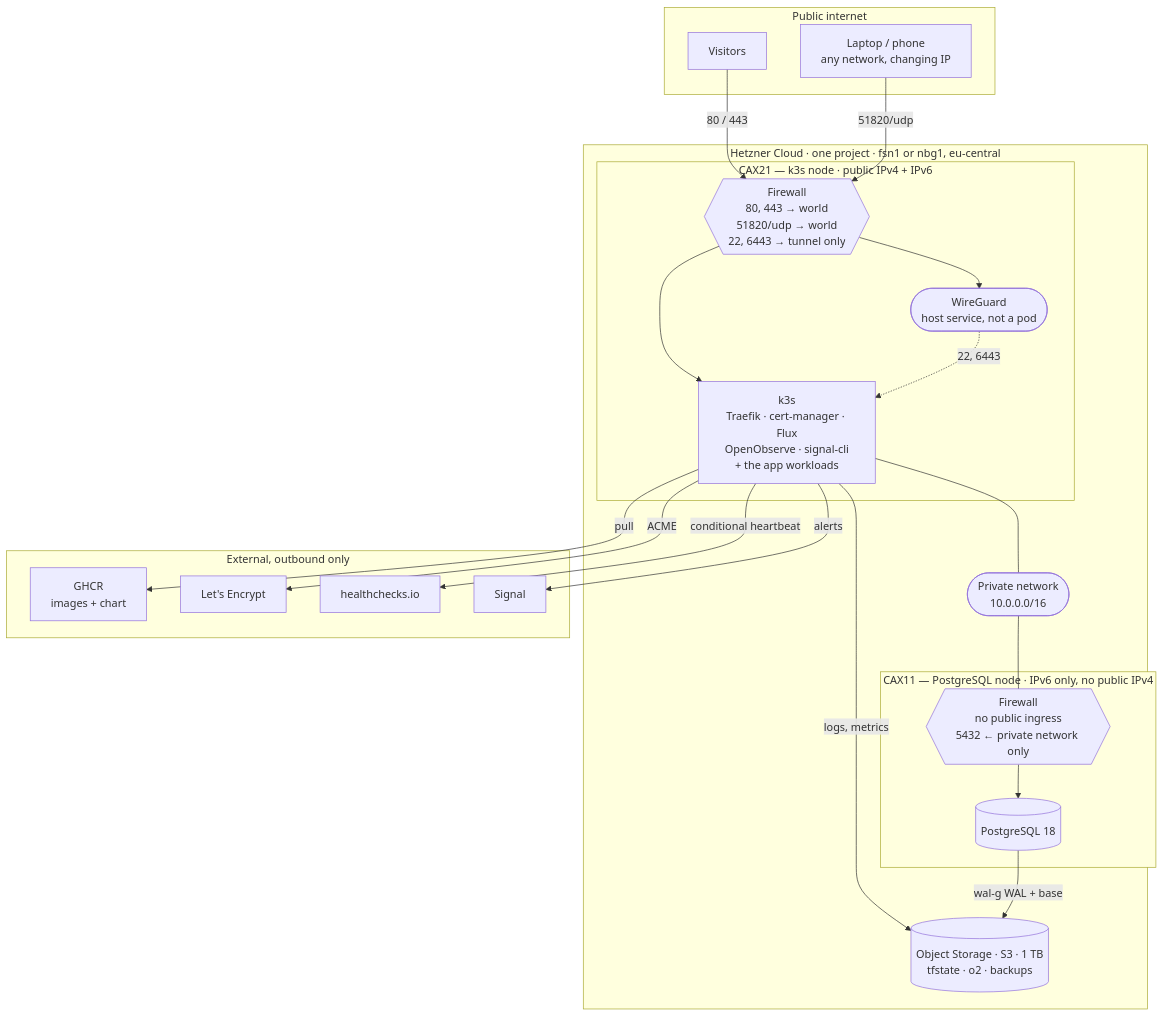
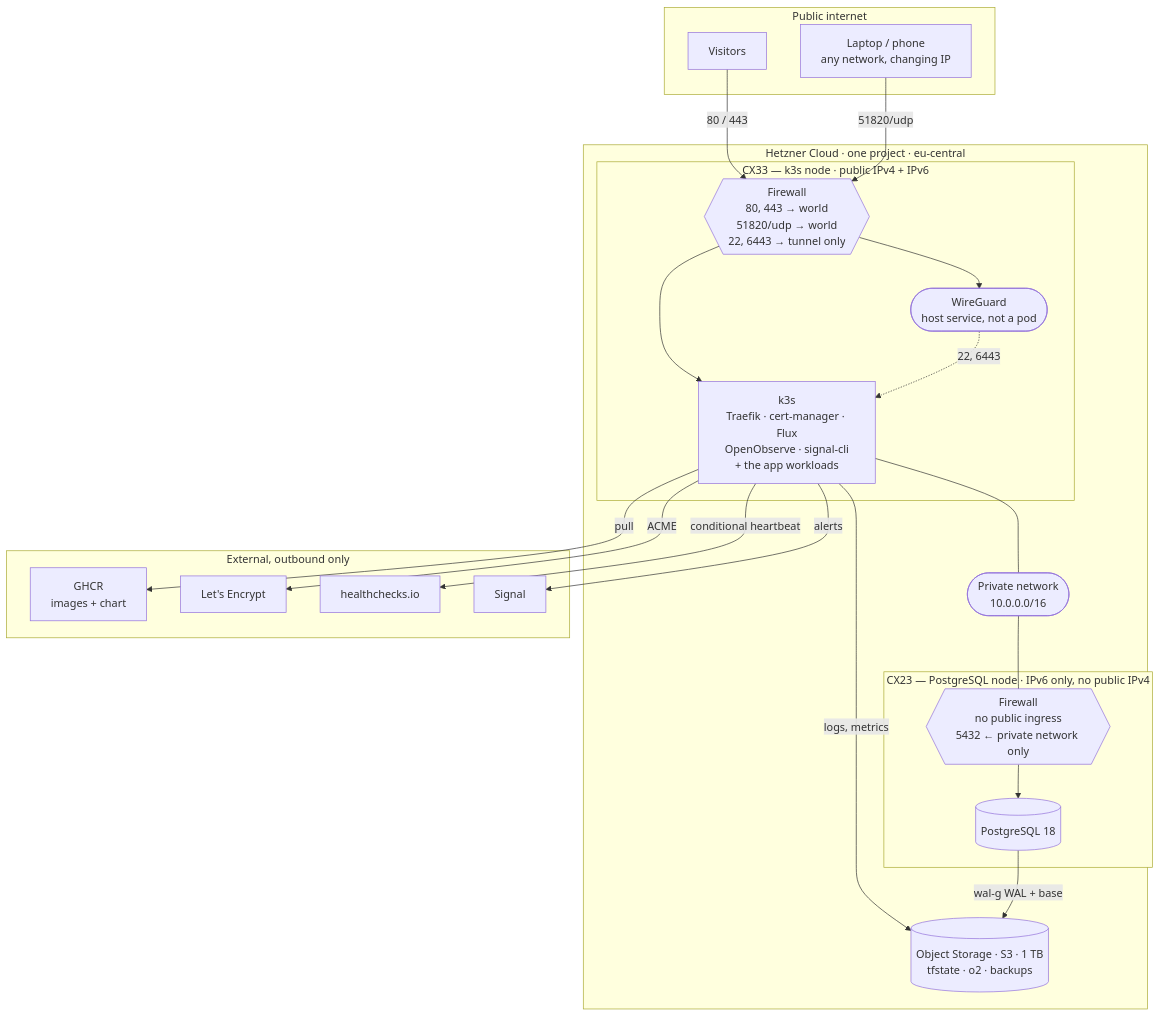
Before and after one commit to enorm-labs/event-junkie: the first of 3 diagrams in docs/ops/PLATFORM_SETUP.md, drawn with Mermaid. The commit also changed other lines of this file and 3 other files, not shown here.

````diff
--- a/docs/ops/PLATFORM_SETUP.md
+++ b/docs/ops/PLATFORM_SETUP.md
@@ -283,43 +40,43 @@
 ```mermaid
 flowchart TB
     subgraph net["Public internet"]
         vis["Visitors"]
         dev["Laptop / phone<br/>any network, changing IP"]
     end
 
-    subgraph hz["Hetzner Cloud · one project · fsn1 or nbg1, eu-central"]
-        subgraph n1["CAX21 — k3s node · public IPv4 + IPv6"]
+    subgraph hz["Hetzner Cloud · one project · eu-central"]
+        subgraph n1["CX33 — k3s node · public IPv4 + IPv6"]
             f1{{"Firewall<br/>80, 443 → world<br/>51820/udp → world<br/>22, 6443 → tunnel only"}}
             wg(["WireGuard<br/>host service, not a pod"])
             k3s["k3s<br/>Traefik · cert-manager · Flux<br/>OpenObserve · signal-cli<br/>+ the app workloads"]
         end
-        subgraph n2["CAX11 — PostgreSQL node · IPv6 only, no public IPv4"]
+        subgraph n2["CX23 — PostgreSQL node · IPv6 only, no public IPv4"]
             f2{{"Firewall<br/>no public ingress<br/>5432 ← private network only"}}
             pg[("PostgreSQL 18")]
         end
         pn(["Private network<br/>10.0.0.0/16"])
         os[("Object Storage · S3 · 1 TB<br/>tfstate · o2 · backups")]
     end
 
     subgraph ext["External, outbound only"]
         ghcr["GHCR<br/>images + chart"]
         le["Let's Encrypt"]
         hc["healthchecks.io"]
         sg["Signal"]
     end
 
     vis -->|"80 / 443"| f1
     dev -->|"51820/udp"| f1
     f1 --> wg
     f1 --> k3s
     wg -.->|"22, 6443"| k3s
     k3s --- pn
     pn --- f2
     f2 --> pg
     k3s -->|"logs, metrics"| os
     pg -->|"wal-g WAL + base"| os
     k3s -->|"pull"| ghcr
     k3s -->|"ACME"| le
     k3s -->|"conditional heartbeat"| hc
     k3s -->|"alerts"| sg
 ```
````
